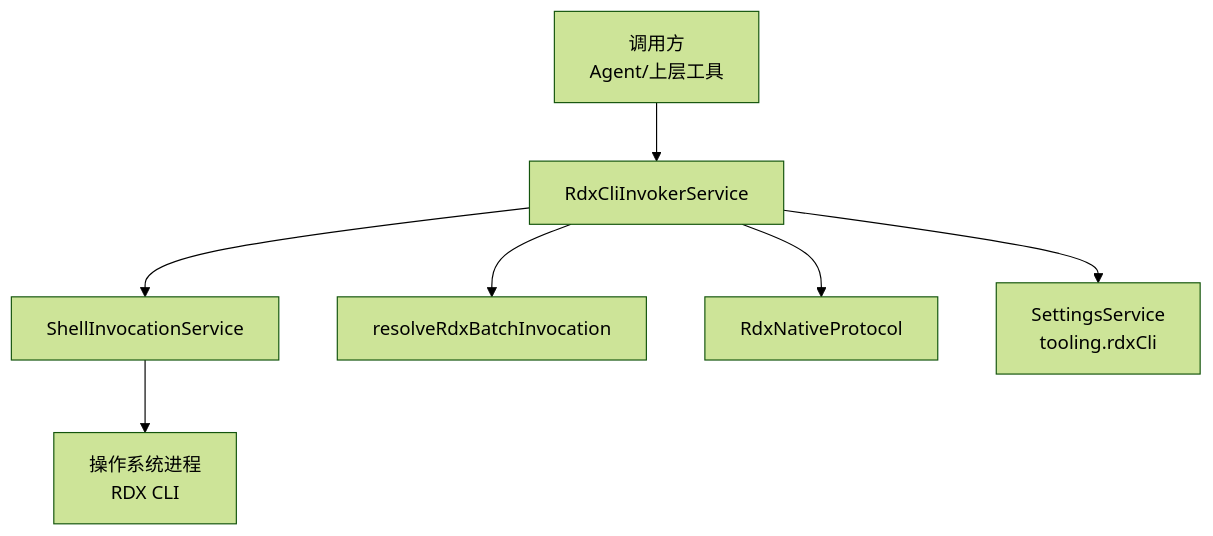
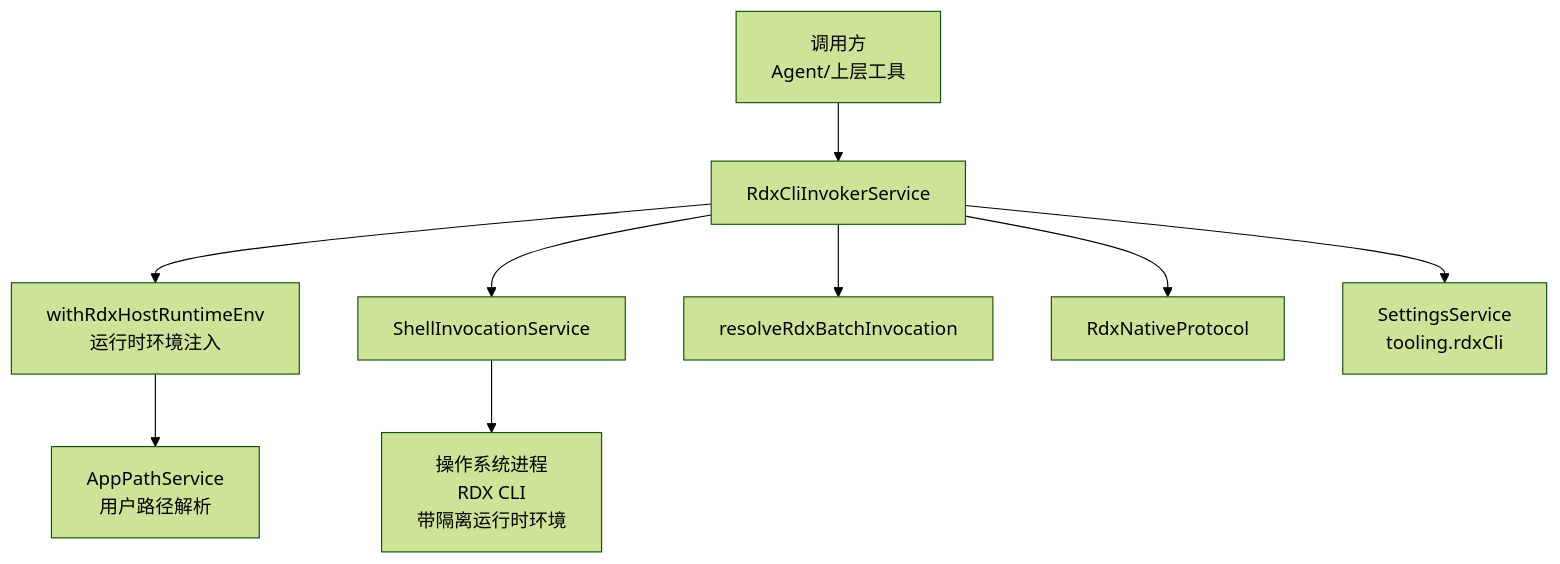
Before and after one commit to haolange/RDC-Agent: the first of 3 diagrams in .qoder/repowiki/zh/content/架构设计/核心组件设计/CLI调用器设计/CLI调用器服务.md, drawn with Mermaid (forest theme). The commit also changed other lines of this file and 28 other files, not shown here.

````diff
--- a/.qoder/repowiki/zh/content/架构设计/核心组件设计/CLI调用器设计/CLI调用器服务.md
+++ b/.qoder/repowiki/zh/content/架构设计/核心组件设计/CLI调用器设计/CLI调用器服务.md
@@ -37,9 +49,11 @@
 ```mermaid
 graph TB
 A["调用方<br/>Agent/上层工具"] --> B["RdxCliInvokerService"]
-B --> C["ShellInvocationService"]
-B --> D["resolveRdxBatchInvocation"]
-B --> E["RdxNativeProtocol"]
-B --> F["SettingsService<br/>tooling.rdxCli"]
-C --> G["操作系统进程<br/>RDX CLI"]
+B --> C["withRdxHostRuntimeEnv<br/>运行时环境注入"]
+C --> D["AppPathService<br/>用户路径解析"]
+B --> E["ShellInvocationService"]
+B --> F["resolveRdxBatchInvocation"]
+B --> G["RdxNativeProtocol"]
+B --> H["SettingsService<br/>tooling.rdxCli"]
+E --> I["操作系统进程<br/>RDX CLI<br/>带隔离运行时环境"]
 ```
````
